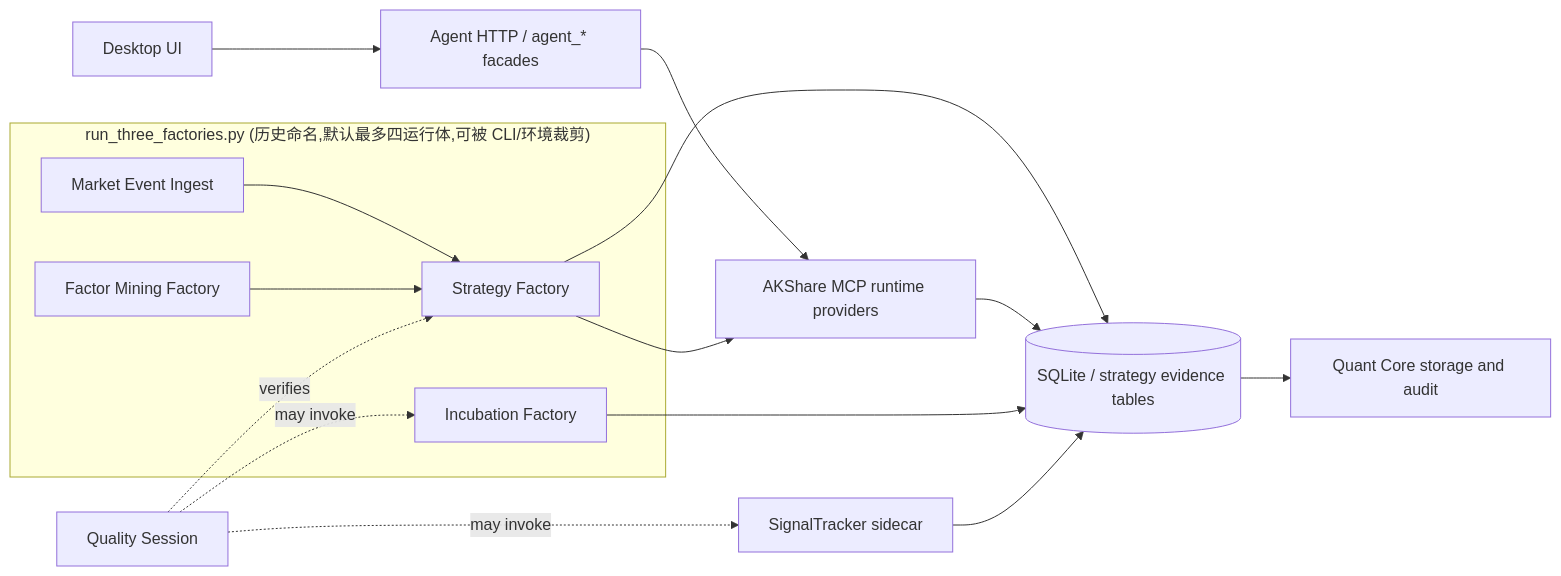
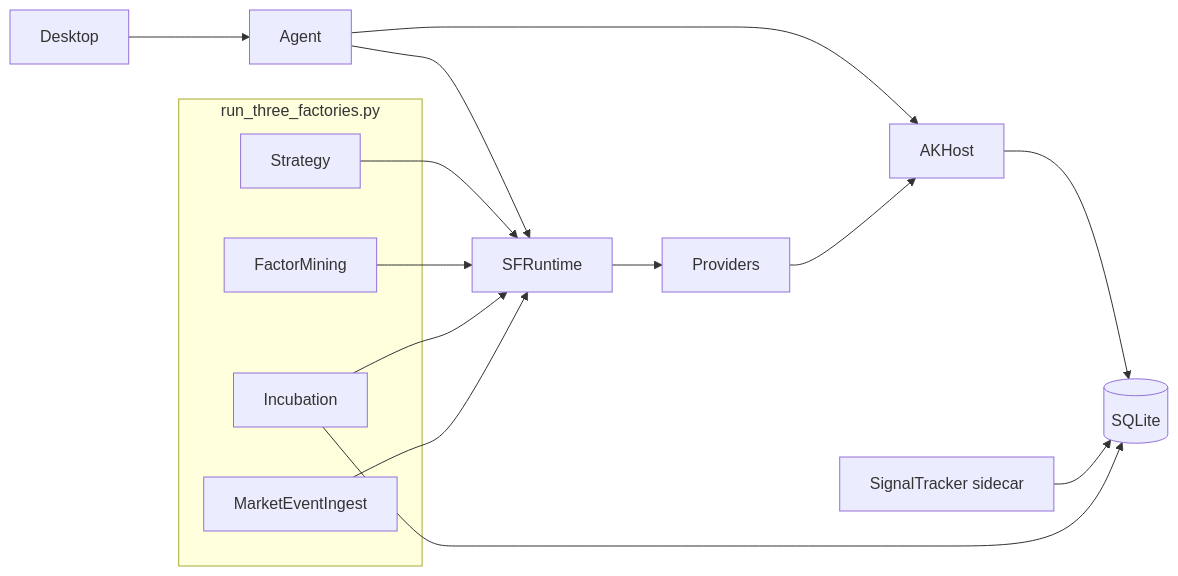
Before and after one commit to walkingzzzy/AIASK: the diagram in docs/factory-architecture/01-当前实际架构.md, drawn with Mermaid. The commit also changed other lines of this file and 74 other files, not shown here.

````diff
--- a/docs/factory-architecture/01-当前实际架构.md
+++ b/docs/factory-architecture/01-当前实际架构.md
@@ -72,31 +70,22 @@
 ```mermaid
 flowchart LR
-  subgraph Supervisor["run_three_factories.py (历史命名,默认最多四运行体,可被 CLI/环境裁剪)"]
-    SF["Strategy Factory"]
-    FMF["Factor Mining Factory"]
-    IF["Incubation Factory"]
-    MEI["Market Event Ingest"]
+  Desktop --> Agent
+  Agent --> SFRuntime
+  Agent --> AKHost
+  subgraph Sup["run_three_factories.py"]
+    SF[Strategy]
+    FMF[FactorMining]
+    IF[Incubation]
+    MEI[MarketEventIngest]
   end
-
-  ST["SignalTracker sidecar"]
-  QS["Quality Session"]
-  DB[("SQLite / strategy evidence tables")]
-  QC["Quant Core storage and audit"]
-  AK["AKShare MCP runtime providers"]
-  Agent["Agent HTTP / agent_* facades"]
-  Desktop["Desktop UI"]
-
-  Desktop --> Agent
-  Agent --> AK
-  MEI --> SF
-  FMF --> SF
-  SF --> AK
-  SF --> DB
-  AK --> DB
+  ST[SignalTracker sidecar]
+  SF --> SFRuntime
+  FMF --> SFRuntime
+  IF --> SFRuntime
+  MEI --> SFRuntime
+  SFRuntime --> Providers
+  Providers --> AKHost
+  AKHost --> DB[(SQLite)]
+  ST --> DB
   IF --> DB
-  ST --> DB
-  QS -. verifies .-> SF
-  QS -. may invoke .-> ST
-  QS -. may invoke .-> IF
-  DB --> QC
 ```
````
